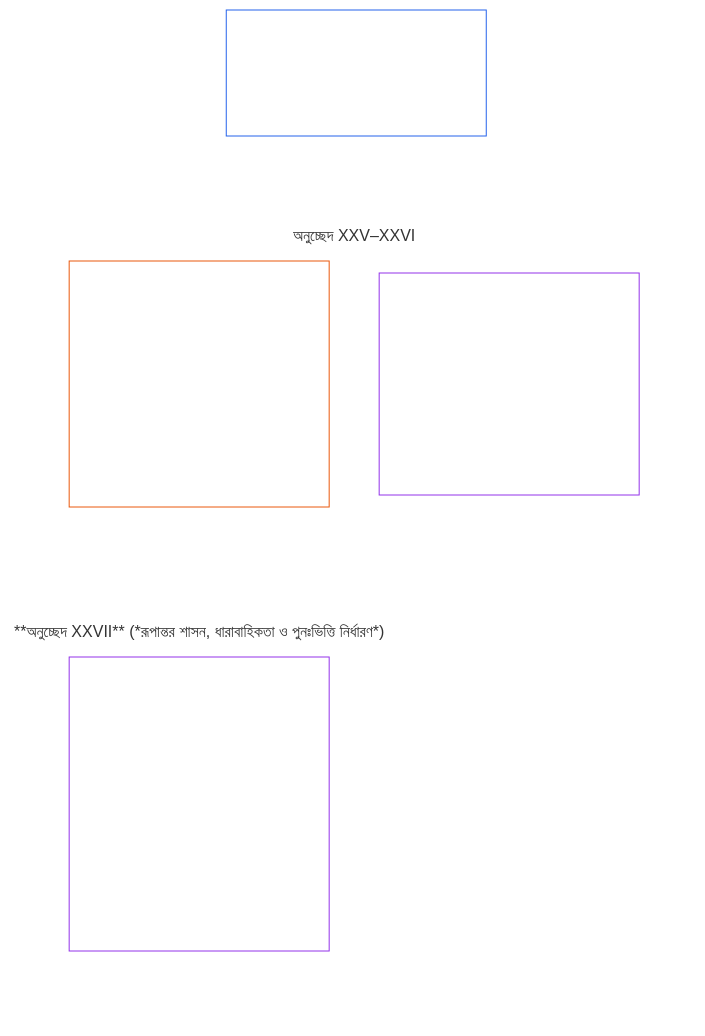
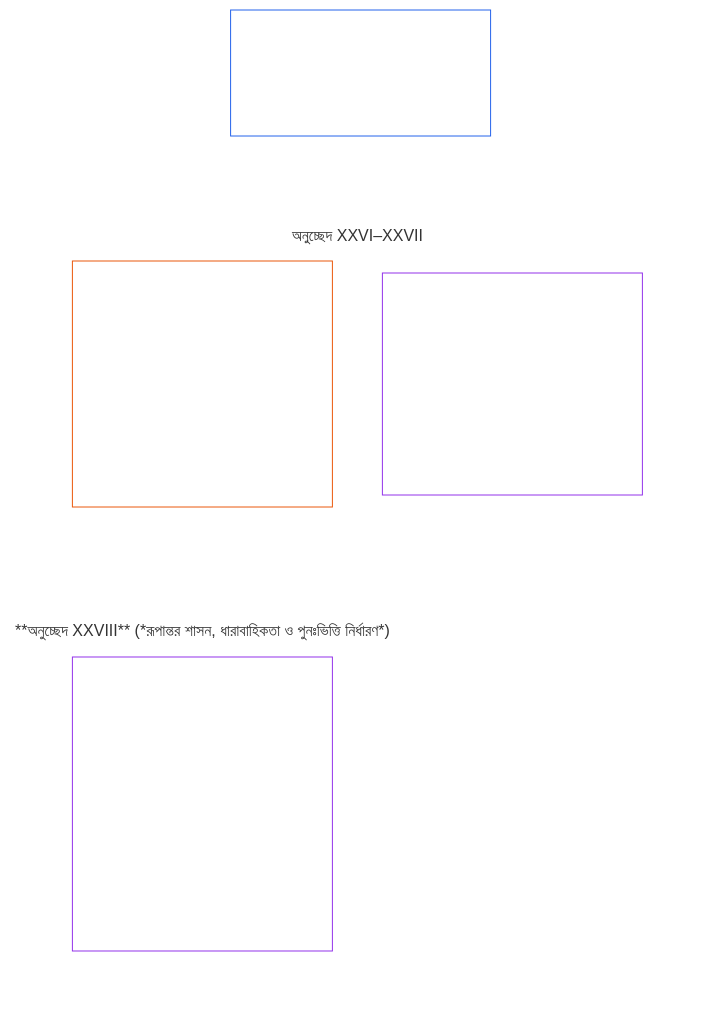
One commit to kfoelsch/Sentient_Constitution changed the diagram in translations/bn/core_06_rights_part_e.md. Above: the diagram before and after it, drawn with Mermaid. The commit also changed other lines of this file and 353 other files, not shown here.

````diff
--- a/translations/bn/core_06_rights_part_e.md
+++ b/translations/bn/core_06_rights_part_e.md
@@ -40,24 +40,24 @@
 ```mermaid
 flowchart TB
     D0["অংশ E<br/><br/>সংঘাত নিষ্পত্তি, পর্যালোচনা, সাংবিধানিক বিবর্তন ও রূপান্তর"]
     subgraph Dgrid[" "]
         direction TB
-        subgraph Drow1["অনুচ্ছেদ XXV–XXVI"]
-            D1["**অনুচ্ছেদ XXV** (*সময়োচিত পূর্ববর্তী পর্যালোচনা ও পুনরুদ্ধারমূলক সামঞ্জস্য*) · সময়োচিত পূর্ববর্তী পর্যালোচনা ও পুনরুদ্ধারমূলক সামঞ্জস্য<br/><br/>• পূর্ববর্তী পর্যালোচনা ও প্রকাশ<br/>• অধিকার-সংঘাতের পদ্ধতি<br/>• পুনরুদ্ধারমূলক সামঞ্জস্য<br/>• সময়োচিত নিষ্পত্তি ও বিলম্ব-বিরোধ"]
-            D2["**অনুচ্ছেদ XXVI** (*সাংবিধানিক বিবর্তন ও স্থায়ীভাবে গেঁথে যাওয়া নিষেধ*) · সাংবিধানিক বিবর্তন ও স্থায়ীভাবে গেঁথে যাওয়া নিষেধ<br/><br/>• স্থায়ীভাবে গেঁথে যাওয়া নিষেধ ও সংশোধনযোগ্যতা<br/>• পর্যায়ক্রমিক পুনঃযাচাই ও স্বচ্ছ পরিবর্তন"]
+        subgraph Drow1["অনুচ্ছেদ XXVI–XXVII"]
+            D1["**অনুচ্ছেদ XXVI** (*সময়োচিত পূর্ববর্তী পর্যালোচনা ও পুনরুদ্ধারমূলক সামঞ্জস্য*) · সময়োচিত পূর্ববর্তী পর্যালোচনা ও পুনরুদ্ধারমূলক সামঞ্জস্য<br/><br/>• পূর্ববর্তী পর্যালোচনা ও প্রকাশ<br/>• অধিকার-সংঘাতের পদ্ধতি<br/>• পুনরুদ্ধারমূলক সামঞ্জস্য<br/>• সময়োচিত নিষ্পত্তি ও বিলম্ব-বিরোধ"]
+            D2["**অনুচ্ছেদ XXVII** (*সাংবিধানিক বিবর্তন ও স্থায়ীভাবে গেঁথে যাওয়া নিষেধ*) · সাংবিধানিক বিবর্তন ও স্থায়ীভাবে গেঁথে যাওয়া নিষেধ<br/><br/>• স্থায়ীভাবে গেঁথে যাওয়া নিষেধ ও সংশোধনযোগ্যতা<br/>• পর্যায়ক্রমিক পুনঃযাচাই ও স্বচ্ছ পরিবর্তন"]
         end
-        subgraph Drow2["**অনুচ্ছেদ XXVII** (*রূপান্তর শাসন, ধারাবাহিকতা ও পুনঃভিত্তি নির্ধারণ*)"]
-            D3["**অনুচ্ছেদ XXVII** (*রূপান্তর শাসন, ধারাবাহিকতা ও পুনঃভিত্তি নির্ধারণ*) · রূপান্তর শাসন, ধারাবাহিকতা ও পুনঃভিত্তি নির্ধারণ<br/><br/>• ধাপে ধাপে গ্রহণ ও অধিকার-ন্যূনতম ধারাবাহিকতা<br/>• রূপান্তরকালীন কর্তৃত্ব ও পুনঃঅনুমোদন<br/>• ব্যর্থতার বিকল্প পথ, পুনঃভিত্তি নির্ধারণ ও অনুসরণযোগ্যতা<br/>• অননুগত সম্পত্তি ও ব্যবস্থা"]
+        subgraph Drow2["**অনুচ্ছেদ XXVIII** (*রূপান্তর শাসন, ধারাবাহিকতা ও পুনঃভিত্তি নির্ধারণ*)"]
+            D3["**অনুচ্ছেদ XXVIII** (*রূপান্তর শাসন, ধারাবাহিকতা ও পুনঃভিত্তি নির্ধারণ*) · রূপান্তর শাসন, ধারাবাহিকতা ও পুনঃভিত্তি নির্ধারণ<br/><br/>• ধাপে ধাপে গ্রহণ ও অধিকার-ন্যূনতম ধারাবাহিকতা<br/>• রূপান্তরকালীন কর্তৃত্ব ও পুনঃঅনুমোদন<br/>• ব্যর্থতার বিকল্প পথ, পুনঃভিত্তি নির্ধারণ ও অনুসরণযোগ্যতা<br/>• অননুগত সম্পত্তি ও ব্যবস্থা"]
         end
     end
     %% অদৃশ্য সংযোগ দুটি কলামের গ্রিড তৈরি করে: প্রতিটি সংযোগের লক্ষ্য এক স্তর নিচে থাকে।
     D0 ~~~ D1 & D2
     D1 ~~~ D3
     style Dgrid fill:none,stroke:none
     style Drow1 fill:none,stroke:none
     style Drow2 fill:none,stroke:none
     style D0 fill:none,stroke:#2563eb,color:#ffffff
     style D1 fill:none,stroke:#ea580c,color:#ffffff
     style D2 fill:none,stroke:#9333ea,color:#ffffff
     style D3 fill:none,stroke:#9333ea,color:#ffffff
 ```
````
